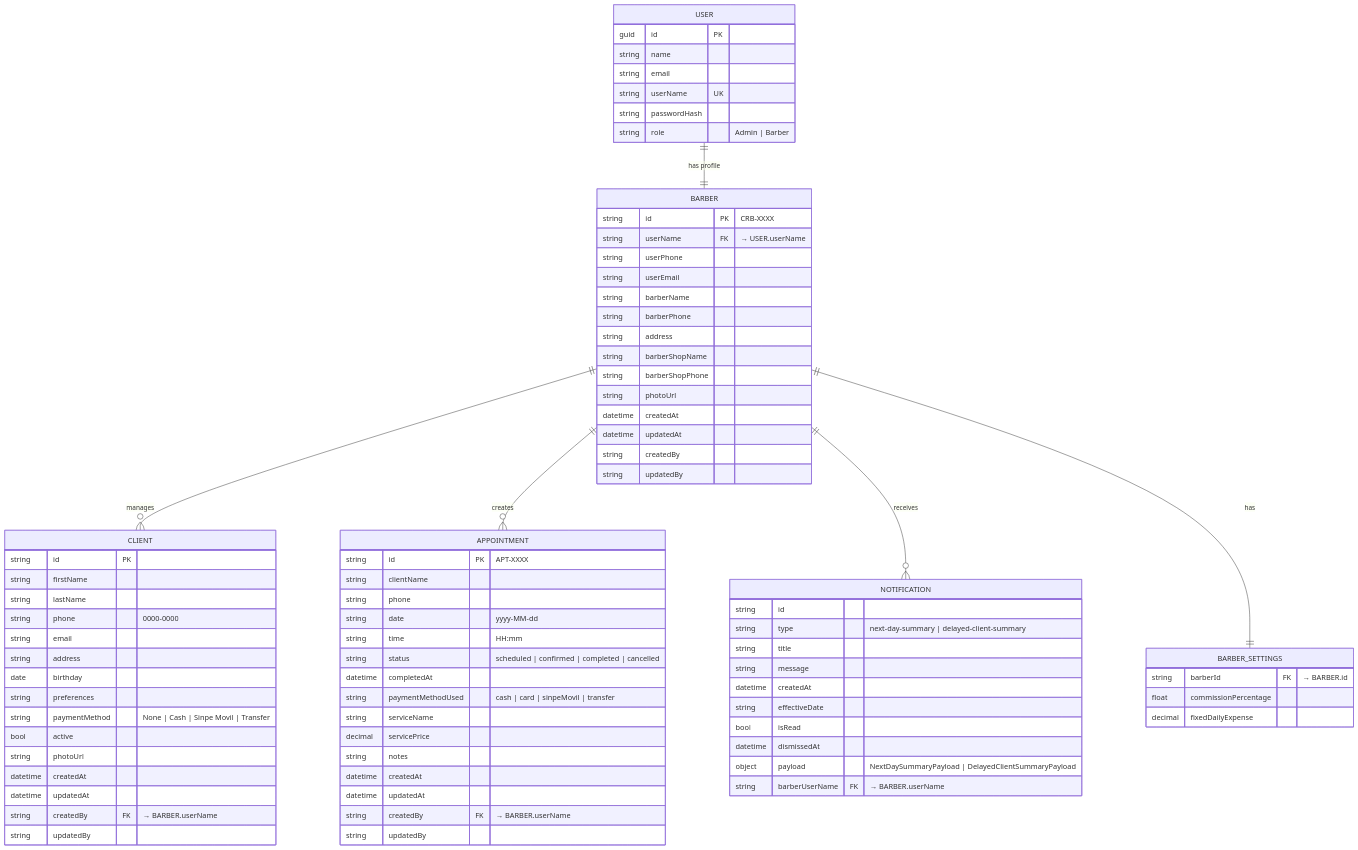
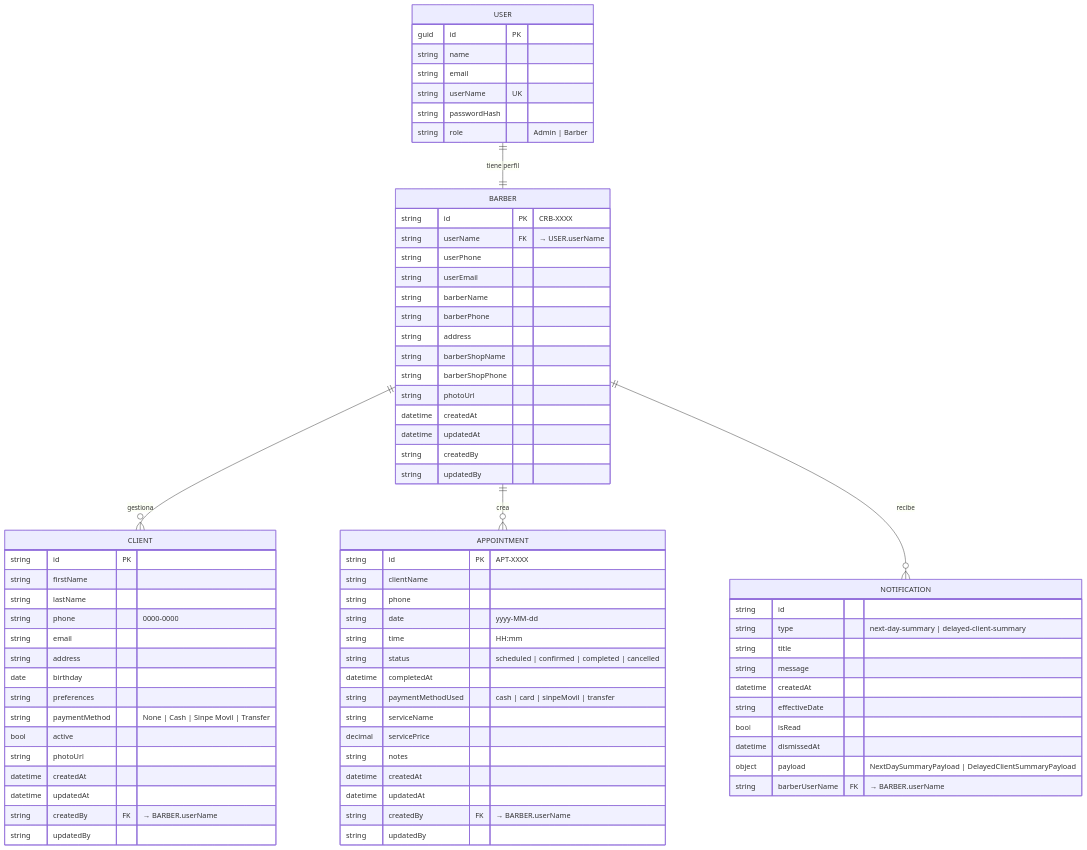
Before and after one commit to gramirez29/barber.flow.app: the diagram in barber-flow-mobile/Barber.Flow.Mobile/application-docs/DATABASE_SCHEMA.md, drawn with Mermaid. The commit also changed other lines of this file and 59 other files, not shown here.

````diff
--- a/barber-flow-mobile/Barber.Flow.Mobile/application-docs/DATABASE_SCHEMA.md
+++ b/barber-flow-mobile/Barber.Flow.Mobile/application-docs/DATABASE_SCHEMA.md
@@ -107,15 +107,8 @@
         string   barberUserName FK  "→ BARBER.userName"
     }
 
-    BARBER_SETTINGS {
-        string  barberId             FK  "→ BARBER.id"
-        float   commissionPercentage
-        decimal fixedDailyExpense
-    }
-
-    USER         ||--||  BARBER          : "has profile"
-    BARBER       ||--o{  CLIENT          : "manages"
-    BARBER       ||--o{  APPOINTMENT     : "creates"
-    BARBER       ||--o{  NOTIFICATION    : "receives"
-    BARBER       ||--||  BARBER_SETTINGS : "has"
+    USER         ||--||  BARBER       : "tiene perfil"
+    BARBER       ||--o{  CLIENT       : "gestiona"
+    BARBER       ||--o{  APPOINTMENT  : "crea"
+    BARBER       ||--o{  NOTIFICATION : "recibe"
 ```
````
